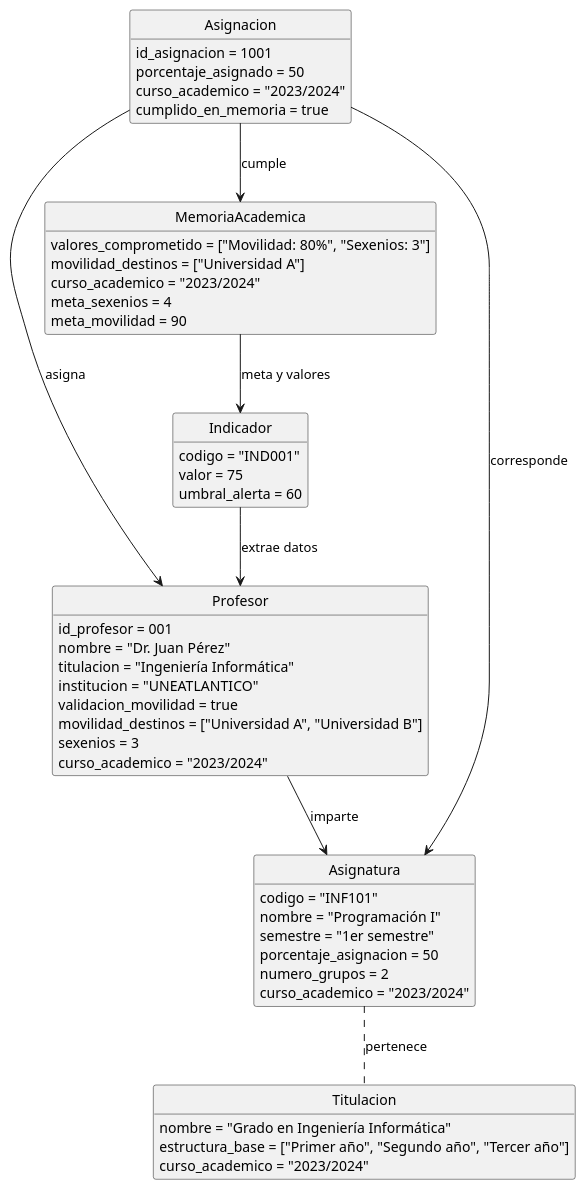
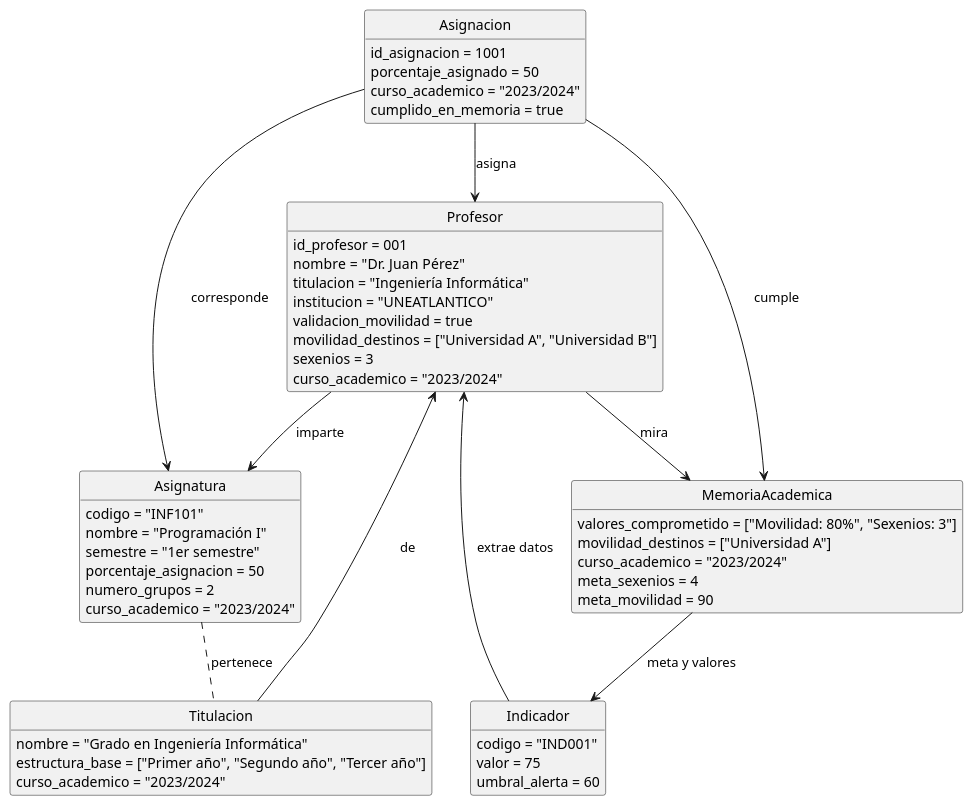
The diagram in modelosUML/MdD/diagramaDeObjetos.puml (mmasias/24-25-IdSw1-SDR), drawn with PlantUML before and after one commit. The commit also changed 1 other file, not shown here.

Commit message:
cambio diagrama de objetos

```diff
--- a/modelosUML/MdD/diagramaDeObjetos.puml
+++ b/modelosUML/MdD/diagramaDeObjetos.puml
@@ -1,64 +1,66 @@
 @startuml
 
     hide circle
     hide empty members
     
    Asignacion --> Profesor : asigna
     Asignacion --> Asignatura : corresponde
     Asignacion --> MemoriaAcademica : cumple
     MemoriaAcademica --> Indicador : meta y valores
     Indicador --> Profesor : extrae datos
     Asignatura .. Titulacion : pertenece
+    Titulacion --> Profesor : de
+    Profesor --> MemoriaAcademica : mira
     Profesor --> Asignatura : imparte
 
 class Profesor {
     id_profesor = 001
     nombre = "Dr. Juan Pérez"
     titulacion = "Ingeniería Informática"
     institucion = "UNEATLANTICO"
     validacion_movilidad = true
     movilidad_destinos = ["Universidad A", "Universidad B"]
     sexenios = 3
     curso_academico = "2023/2024"
 }
 
 
 
 class Asignatura {
     codigo = "INF101"
     nombre = "Programación I"
     semestre = "1er semestre"
     porcentaje_asignacion = 50
     numero_grupos = 2
     curso_academico = "2023/2024"
 }
 
 class Titulacion {
     nombre = "Grado en Ingeniería Informática"
     estructura_base = ["Primer año", "Segundo año", "Tercer año"]
     curso_academico = "2023/2024"
 }
 
 class MemoriaAcademica {
     valores_comprometido = ["Movilidad: 80%", "Sexenios: 3"]
     movilidad_destinos = ["Universidad A"]
     curso_academico = "2023/2024"
     meta_sexenios = 4
     meta_movilidad = 90
 }
 
 class Indicador {
     codigo = "IND001"
     valor = 75
     umbral_alerta = 60
 }
 
 class Asignacion {
     id_asignacion = 1001
     porcentaje_asignado = 50
     curso_academico = "2023/2024"
     cumplido_en_memoria = true
 }
 
 
 @enduml
```
